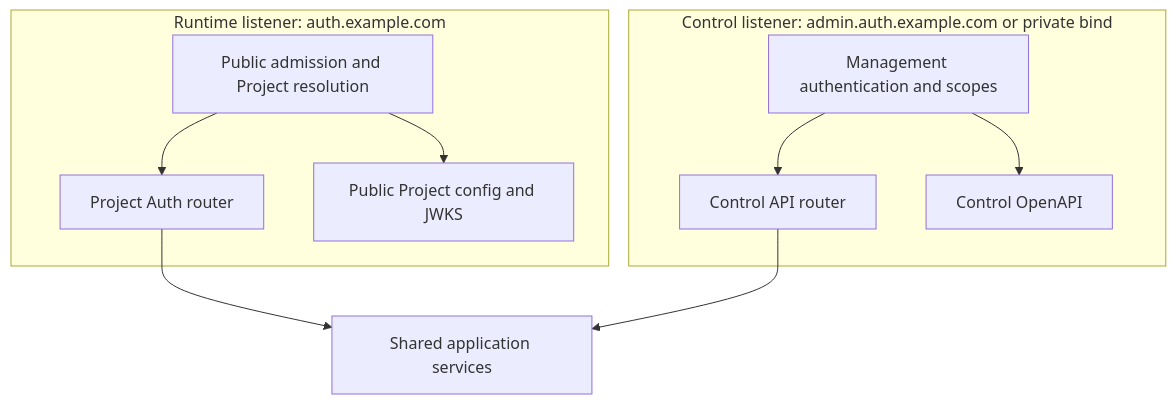
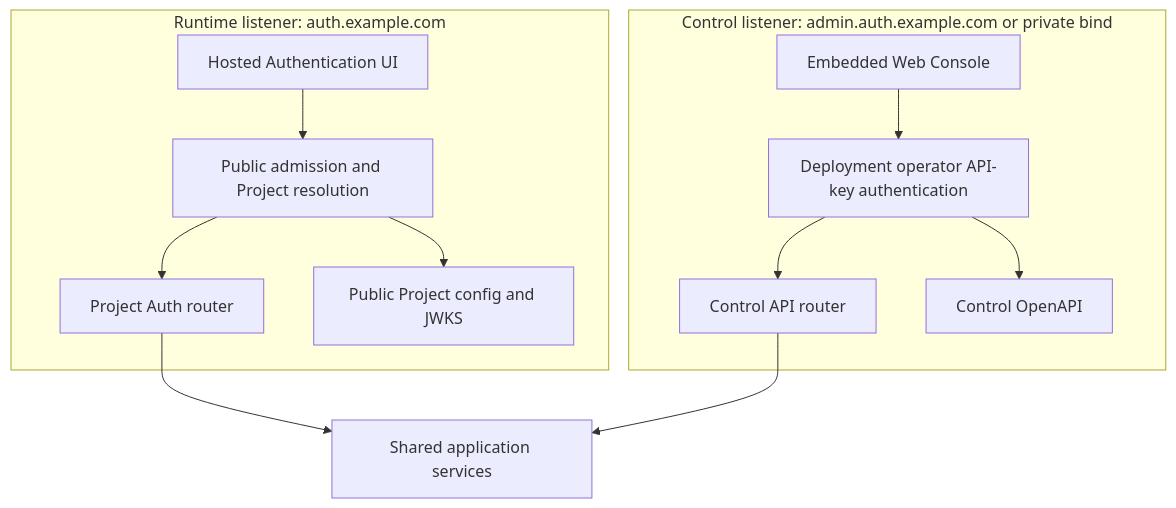
Before and after one commit to owlfoundry/owlauth: the first of 2 diagrams in spec/05-http-contract-and-surface-boundaries.md, drawn with Mermaid. The commit also changed other lines of this file and 35 other files, not shown here.

First line of the commit message:
docs(repo): define hosted web and SaaS architecture

````diff
--- a/spec/05-http-contract-and-surface-boundaries.md
+++ b/spec/05-http-contract-and-surface-boundaries.md
@@ -17,21 +17,25 @@
 ```mermaid
 flowchart TB
     subgraph RuntimeListener[Runtime listener: auth.example.com]
+        HU[Hosted Authentication UI]
         RM[Public admission and Project resolution]
         RR[Project Auth router]
         RC[Public Project config and JWKS]
     end
 
     subgraph ControlListener[Control listener: admin.auth.example.com or private bind]
-        CM[Management authentication and scopes]
+        WC[Embedded Web Console]
+        CM[Deployment operator API-key authentication]
         CR[Control API router]
         CO[Control OpenAPI]
     end
 
+    HU --> RM
     RM --> RR
     RM --> RC
+    WC --> CM
     CM --> CR
     CM --> CO
     RR --> APP[Shared application services]
     CR --> APP
 ```
````
